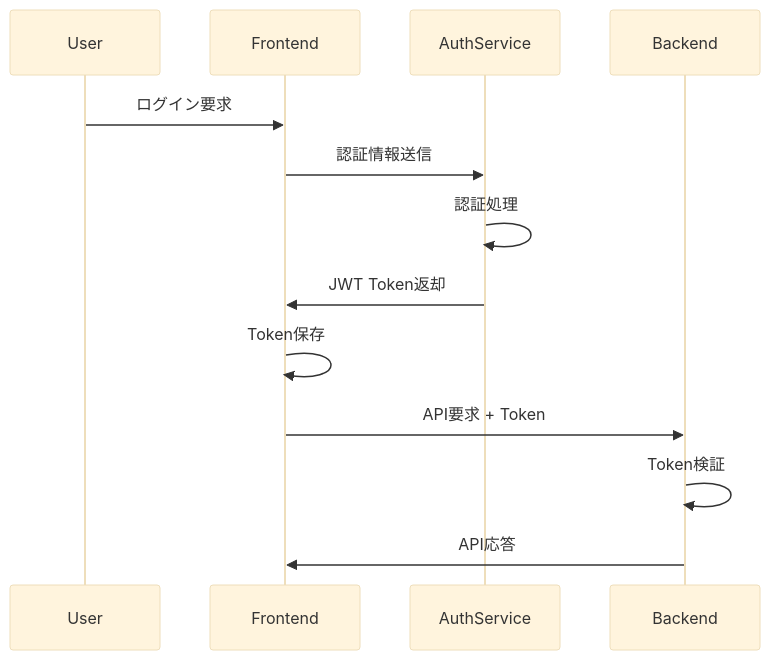
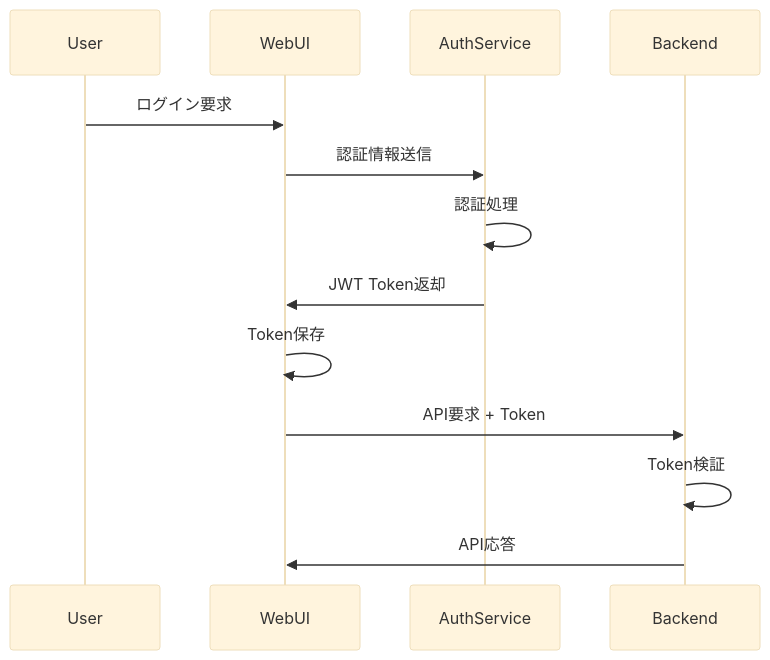
One commit to daichiTAAA/ImageFlowCanvas changed the diagram in docs/0300_設計_アプローチ1/0306_セキュリティ設計.md. Above: the diagram before and after it, drawn with Mermaid (base theme). The commit also changed 39 other files, not shown here.

````diff
--- a/docs/0300_設計_アプローチ1/0306_セキュリティ設計.md
+++ b/docs/0300_設計_アプローチ1/0306_セキュリティ設計.md
@@ -21,16 +21,16 @@
 ```mermaid
 sequenceDiagram
     participant User
-    participant Frontend
+    participant WebUI
     participant AuthService
     participant Backend
     
-    User->>Frontend: ログイン要求
-    Frontend->>AuthService: 認証情報送信
+    User->>WebUI: ログイン要求
+    WebUI->>AuthService: 認証情報送信
     AuthService->>AuthService: 認証処理
-    AuthService->>Frontend: JWT Token返却
-    Frontend->>Frontend: Token保存
-    Frontend->>Backend: API要求 + Token
+    AuthService->>WebUI: JWT Token返却
+    WebUI->>WebUI: Token保存
+    WebUI->>Backend: API要求 + Token
     Backend->>Backend: Token検証
-    Backend->>Frontend: API応答
+    Backend->>WebUI: API応答
 ```
````
